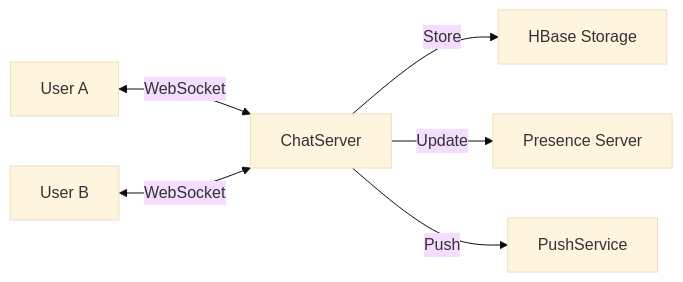
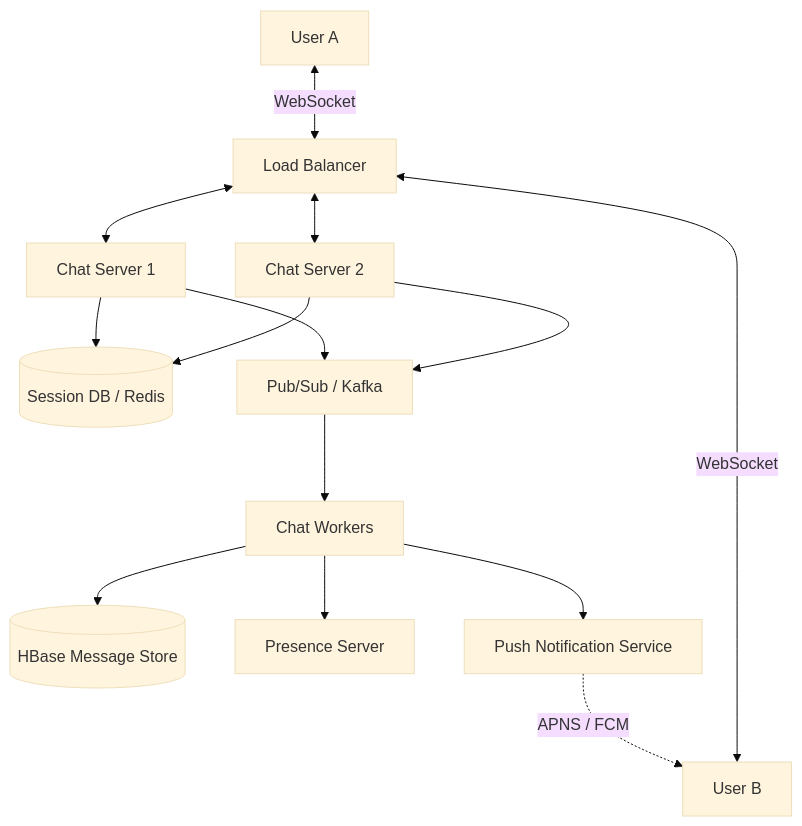
Before and after one commit to Ankur-glitchtracer/docs: the diagram in system_design_hld/architectures/social_media/FACEBOOK_MESSENGER.md, drawn with Mermaid (base theme). The commit also changed other lines of this file and 277 other files, not shown here.

````diff
--- a/system_design_hld/architectures/social_media/FACEBOOK_MESSENGER.md
+++ b/system_design_hld/architectures/social_media/FACEBOOK_MESSENGER.md
@@ -17,8 +68,22 @@
 ```mermaid
-graph LR
-    UserA[User A] <-->|WebSocket| ChatServer
-    UserB[User B] <-->|WebSocket| ChatServer
-    ChatServer -->|Store| HBase[HBase Storage]
-    ChatServer -->|Update| Presence[Presence Server]
-    ChatServer -->|Push| PushService
+graph TD
+    ClientA[User A] <-->|WebSocket| LB[Load Balancer]
+    ClientB[User B] <-->|WebSocket| LB
+    
+    LB <--> ChatSvc1[Chat Server 1]
+    LB <--> ChatSvc2[Chat Server 2]
+    
+    ChatSvc1 --> SessionDB[(Session DB / Redis)]
+    ChatSvc2 --> SessionDB
+    
+    ChatSvc1 --> PubSub[Pub/Sub / Kafka]
+    ChatSvc2 --> PubSub
+    
+    PubSub --> ChatWorker[Chat Workers]
+    
+    ChatWorker --> HBase[(HBase Message Store)]
+    ChatWorker --> PresenceSvc[Presence Server]
+    ChatWorker --> PushSvc[Push Notification Service]
+    
+    PushSvc -.->|APNS / FCM| ClientB
 ```
````
